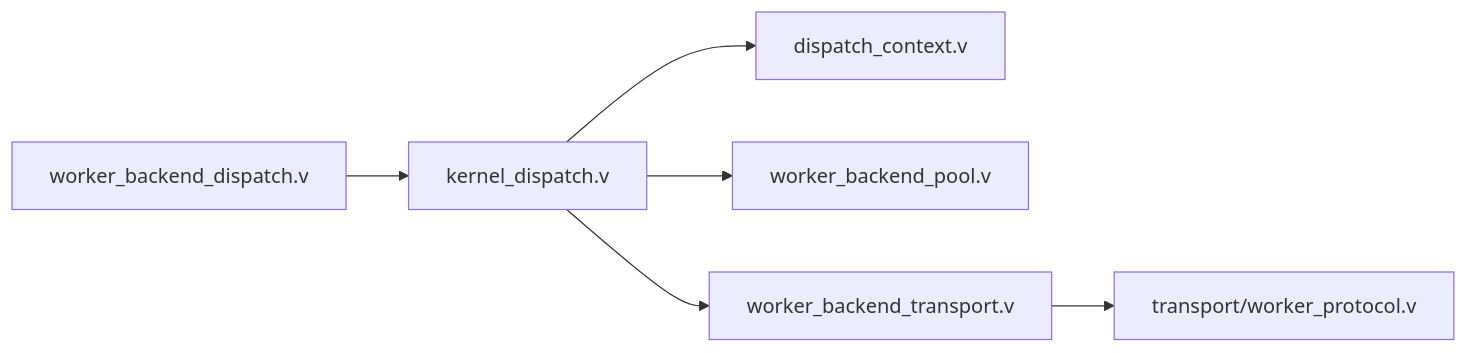
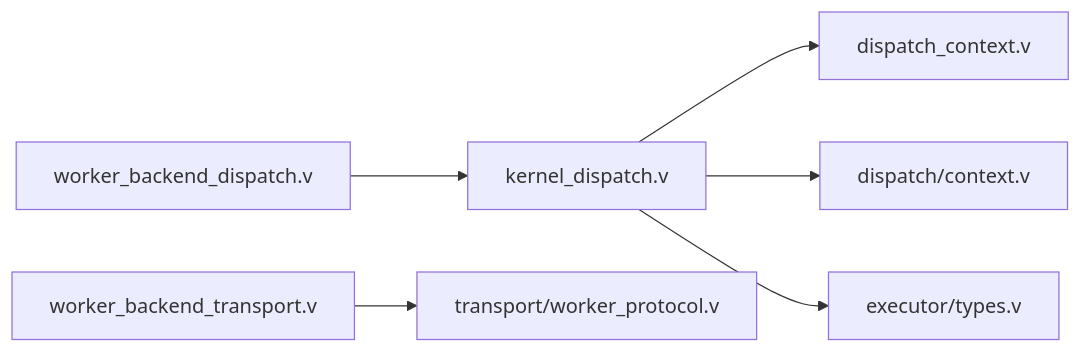
The eighth of 8 diagrams in .qoder/repowiki/zh/content/服务器核心/内核调度与请求分发系统.md (guweigang/vhttpd), drawn with Mermaid before and after one commit. The commit also changed other lines of this file and 54 other files, not shown here.

````diff
--- a/.qoder/repowiki/zh/content/服务器核心/内核调度与请求分发系统.md
+++ b/.qoder/repowiki/zh/content/服务器核心/内核调度与请求分发系统.md
@@ -310,8 +338,8 @@
 ```mermaid
 graph LR
 KD["kernel_dispatch.v"] --> DC["dispatch_context.v"]
-KD --> WBP["worker_backend_pool.v"]
-KD --> WBT["worker_backend_transport.v"]
-WBT --> WP["transport/worker_protocol.v"]
+KD --> DCC["dispatch/context.v"]
+KD --> END["executor/types.v"]
+WBT["worker_backend_transport.v"] --> WP["transport/worker_protocol.v"]
 WBD["worker_backend_dispatch.v"] --> KD
 ```
````
